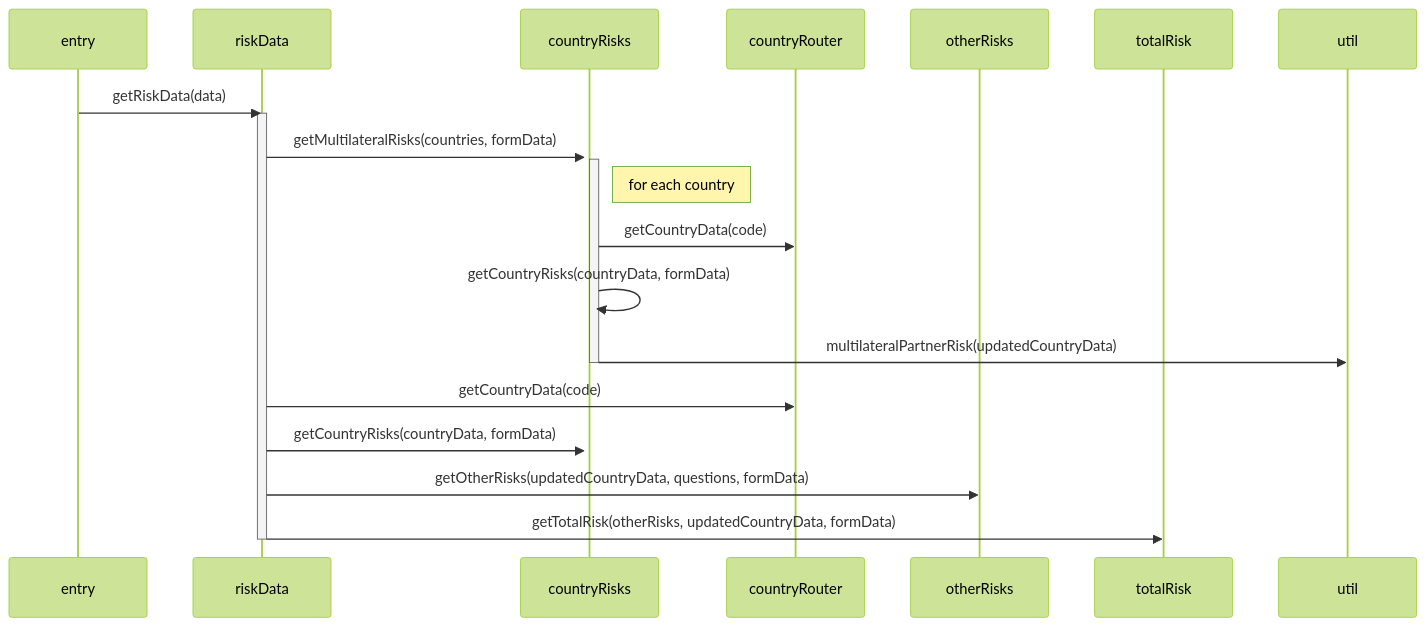
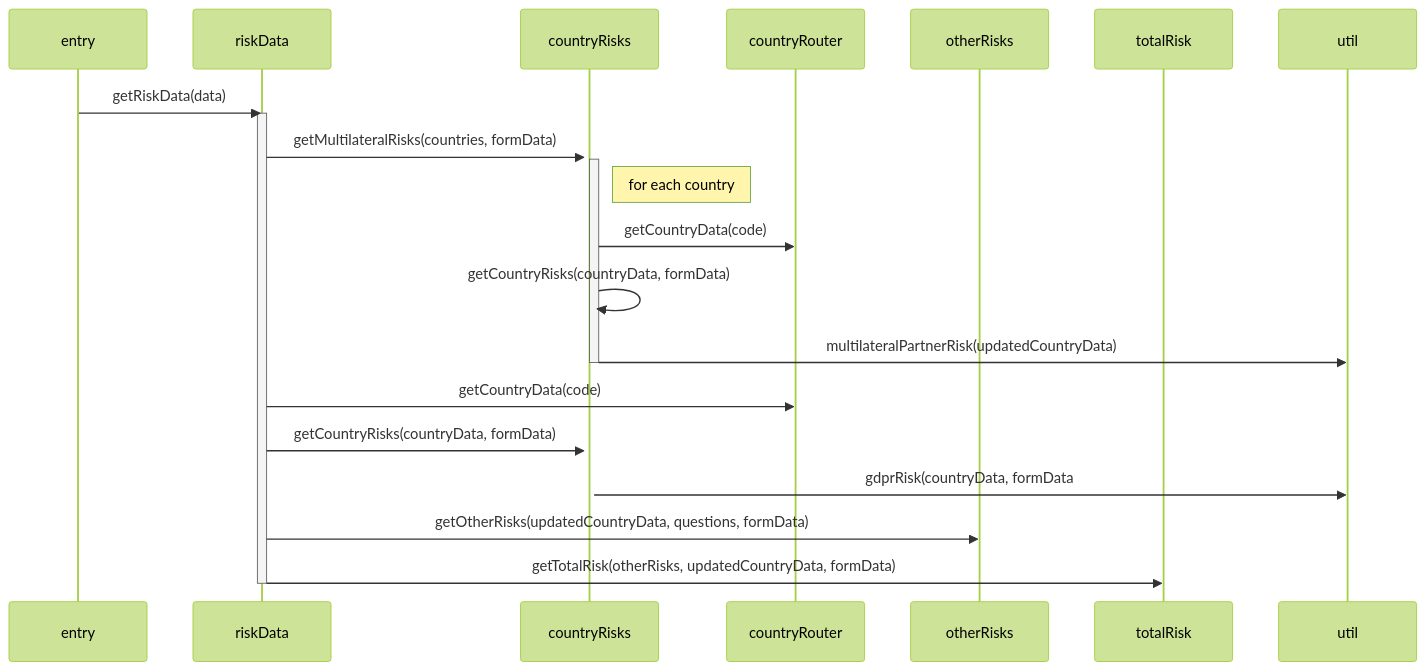
The diagram in docs/control_flow.md (UniversityOfHelsinkiCS/riksutin), drawn with Mermaid (forest theme) before and after one commit.

````diff
--- a/docs/control_flow.md
+++ b/docs/control_flow.md
@@ -1,25 +1,26 @@
 ```mermaid
 sequenceDiagram
     participant entry
     participant riskData
     participant countryRisks
     participant countryRouter
     participant otherRisks
     participant totalRisk
     participant util
 
     entry->>riskData: getRiskData(data)
     activate riskData
     riskData ->>+ countryRisks: getMultilateralRisks(countries, formData)
     activate countryRisks
     Note right of countryRisks: for each country
     countryRisks ->> countryRouter: getCountryData(code)
     countryRisks ->> countryRisks: getCountryRisks(countryData, formData)
     countryRisks ->> util: multilateralPartnerRisk(updatedCountryData)
     deactivate countryRisks
     riskData ->> countryRouter: getCountryData(code)
     riskData ->> countryRisks: getCountryRisks(countryData, formData)
+    countryRisks ->> util: gdprRisk(countryData, formData
     riskData ->> otherRisks: getOtherRisks(updatedCountryData, questions, formData)
     riskData ->> totalRisk: getTotalRisk(otherRisks, updatedCountryData, formData)
     deactivate riskData
 ```
````
